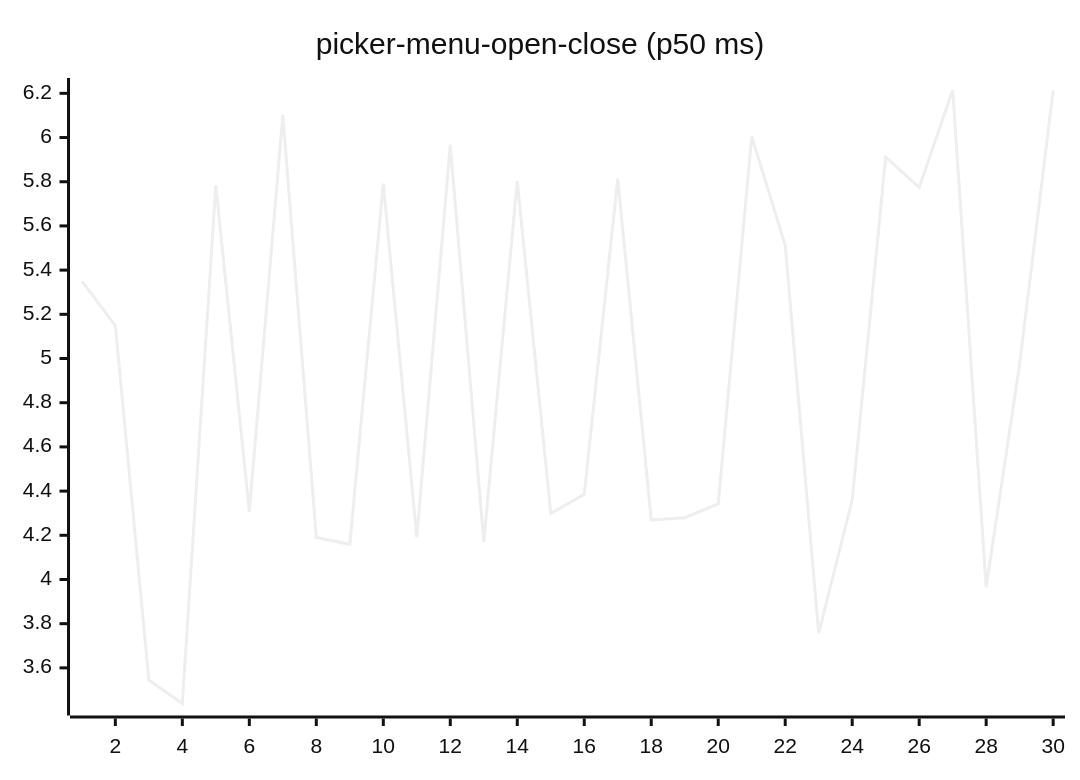
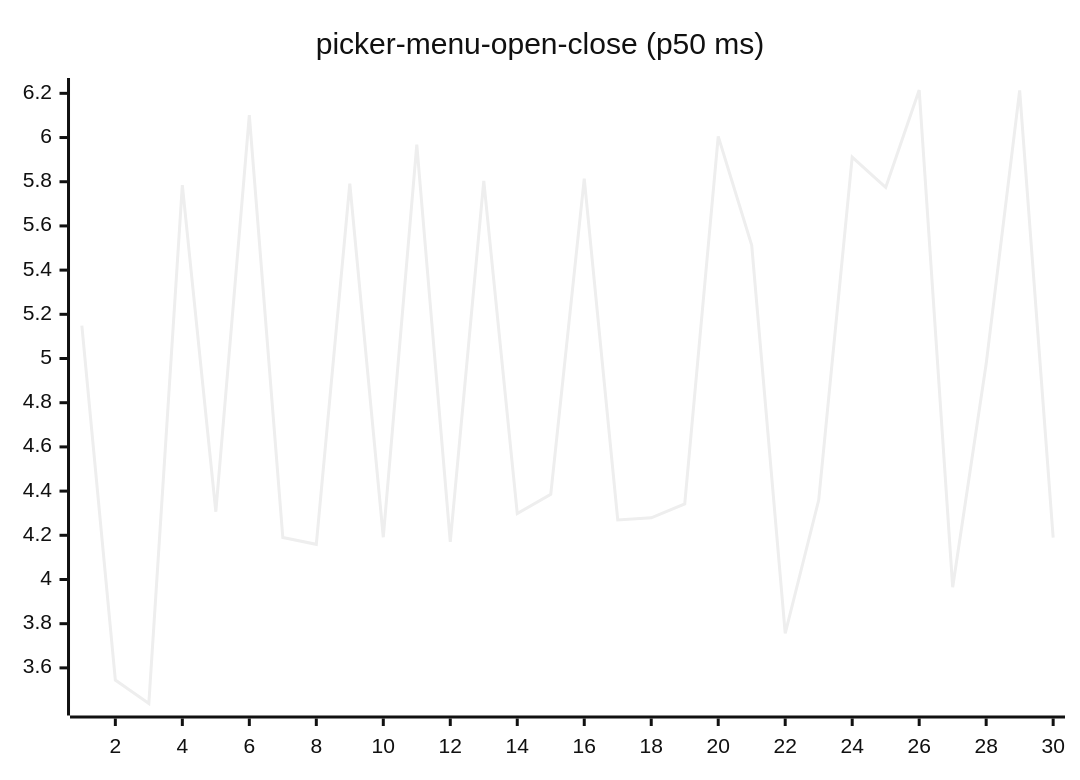
Before and after one commit to josha/Facet: diagram 16 of 27 in README.md, drawn with Mermaid (neutral theme). The commit also changed other lines of this file and 2 other files, not shown here.

````diff
--- a/README.md
+++ b/README.md
@@ -168,6 +168,6 @@
 ```mermaid
 xychart-beta
     title "picker-menu-open-close (p50 ms)"
     x-axis 1 --> 30
-    line [5.3502, 5.1493, 3.5447, 3.4388, 5.7846, 4.3066, 6.1012, 4.1897, 4.1591, 5.7919, 4.1912, 5.9674, 4.1698, 5.8037, 4.2981, 4.3851, 5.8139, 4.2694, 4.2792, 4.3416, 6.0052, 5.5122, 3.7566, 4.3593, 5.9114, 5.7740, 6.2151, 3.9652, 4.9760, 6.2132]
+    line [5.1493, 3.5447, 3.4388, 5.7846, 4.3066, 6.1012, 4.1897, 4.1591, 5.7919, 4.1912, 5.9674, 4.1698, 5.8037, 4.2981, 4.3851, 5.8139, 4.2694, 4.2792, 4.3416, 6.0052, 5.5122, 3.7566, 4.3593, 5.9114, 5.7740, 6.2151, 3.9652, 4.9760, 6.2132, 4.1891]
 ```
````
